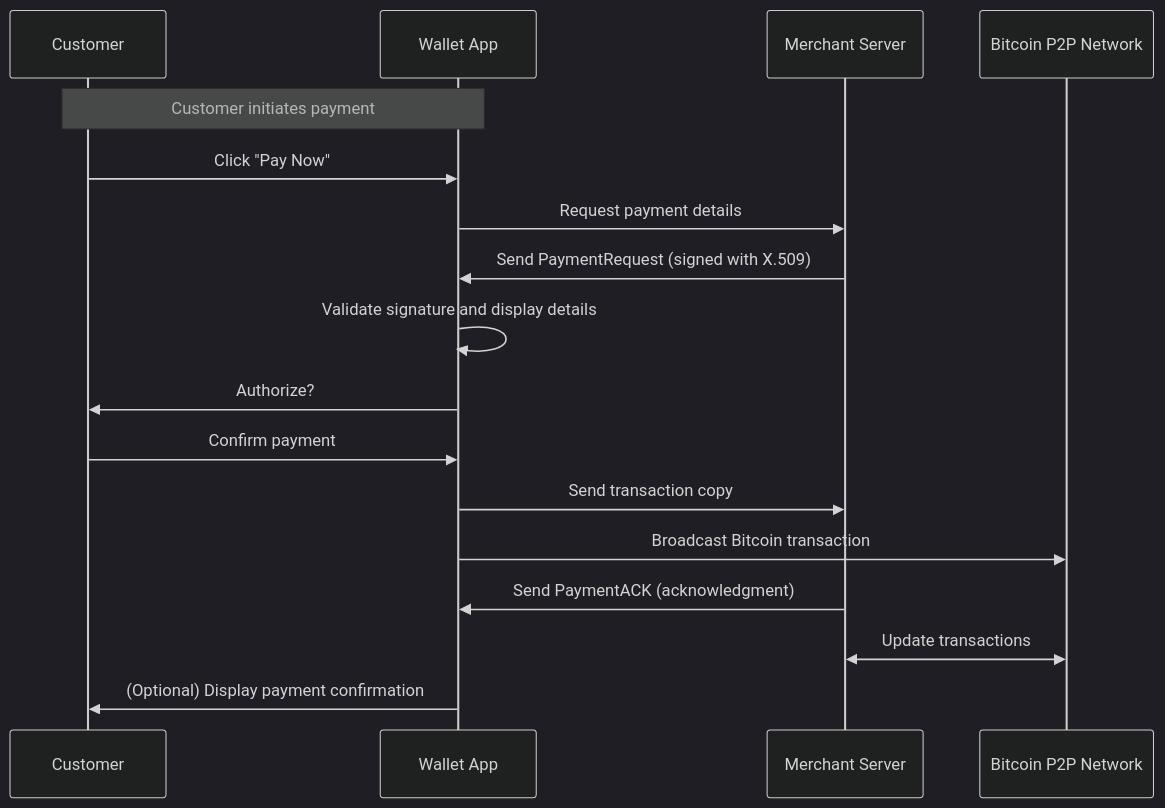
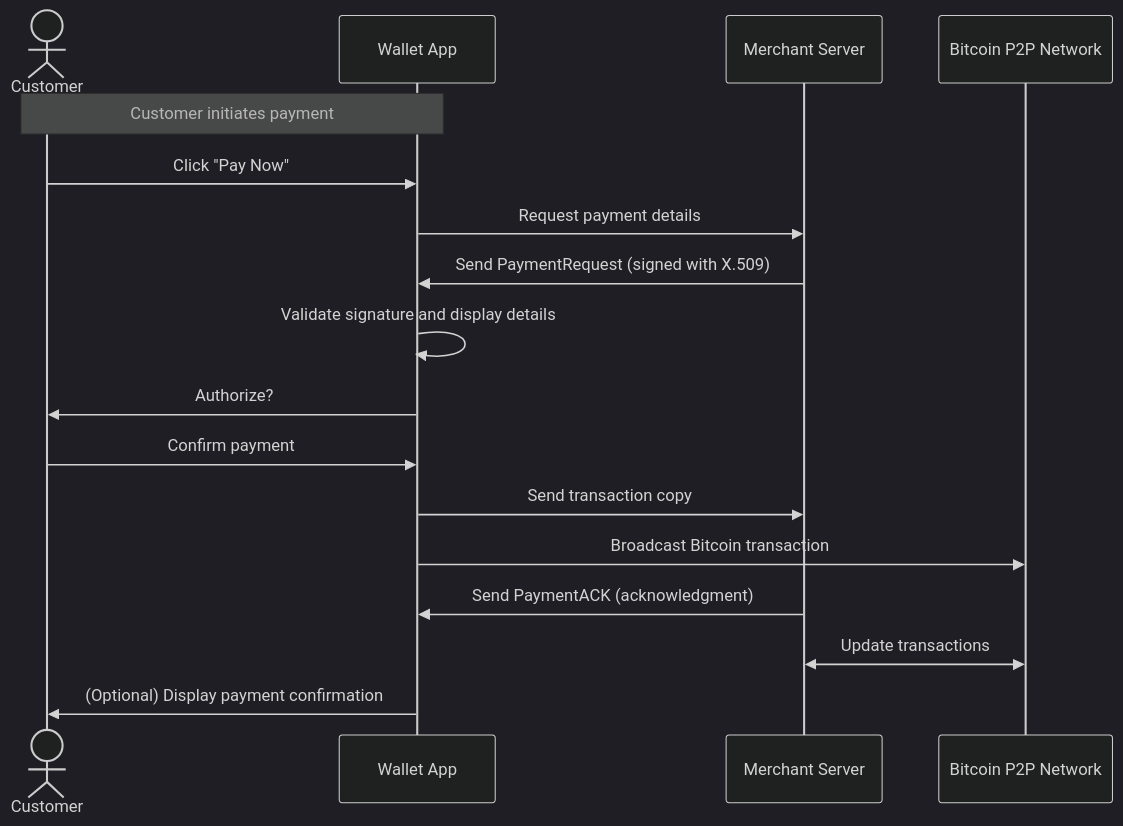
One commit to cqhung1412/bip70-multisign-demo changed the diagram in docs/bip70-mermaid.md. Above: the diagram before and after it, drawn with Mermaid (dark theme).

````diff
--- a/docs/bip70-mermaid.md
+++ b/docs/bip70-mermaid.md
@@ -1,20 +1,20 @@
 ```mermaid
 sequenceDiagram
-    participant Customer as Customer
+    actor Customer as Customer
     participant Wallet as Wallet App
     participant Merchant as Merchant Server
     participant Network as Bitcoin P2P Network
 
     Note over Customer,Wallet: Customer initiates payment
     Customer->>Wallet: Click "Pay Now"
     Wallet->>Merchant: Request payment details
     Merchant->>Wallet: Send PaymentRequest (signed with X.509)
     Wallet->>Wallet: Validate signature and display details
     Wallet->>Customer: Authorize?
     Customer->>Wallet: Confirm payment
     Wallet->>Merchant: Send transaction copy
     Wallet->>Network: Broadcast Bitcoin transaction
     Merchant->>Wallet: Send PaymentACK (acknowledgment)
     Merchant<<->>Network: Update transactions
     Wallet->>Customer: (Optional) Display payment confirmation
 ```
````
